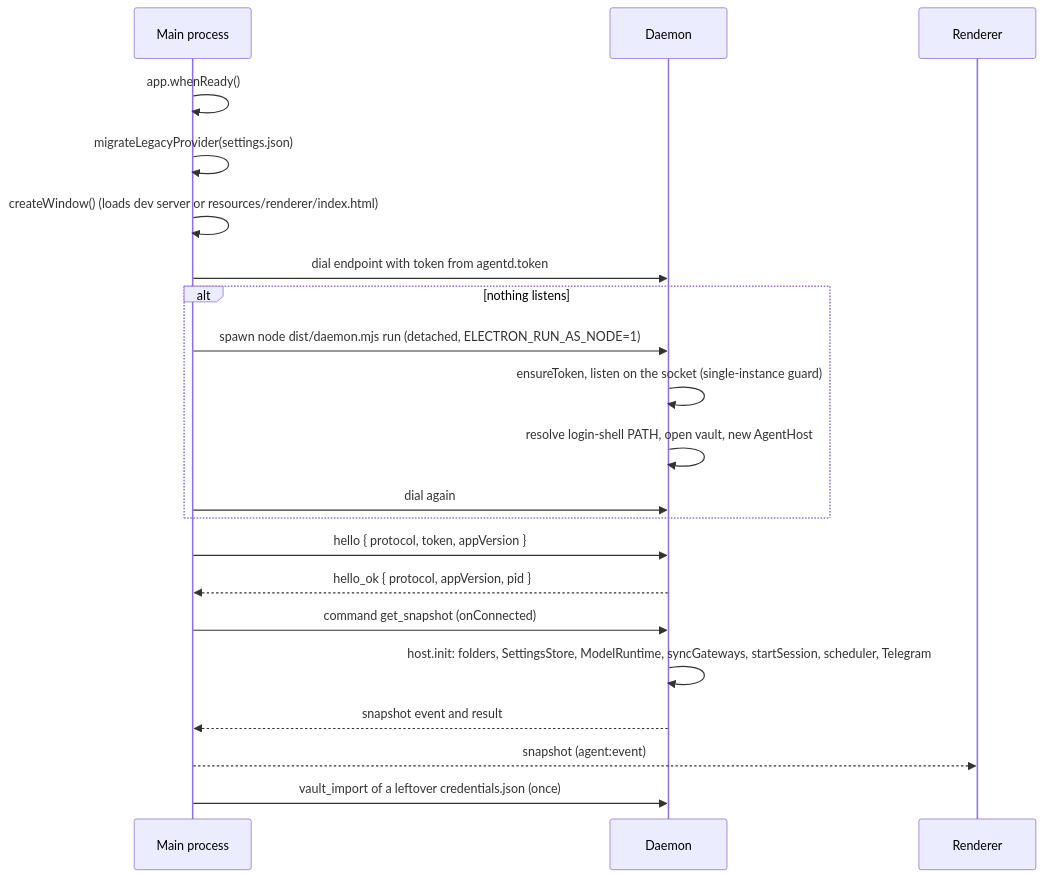
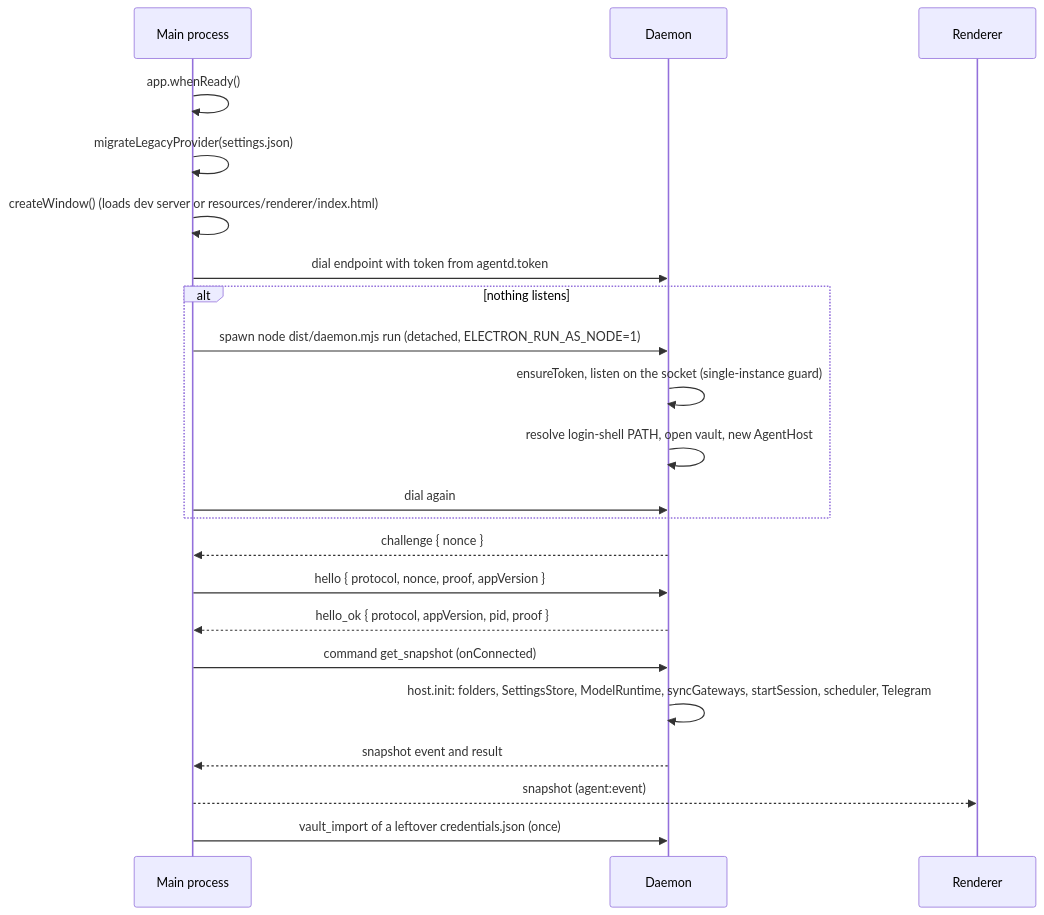
Before and after one commit to pp-techs/pp-agent: the second of 2 diagrams in docs/architecture/process-model.md, drawn with Mermaid. The commit also changed other lines of this file and 26 other files, not shown here.

````diff
--- a/docs/architecture/process-model.md
+++ b/docs/architecture/process-model.md
@@ -43,23 +43,24 @@
 ```mermaid
 sequenceDiagram
   participant M as Main process
   participant D as Daemon
   participant R as Renderer
   M->>M: app.whenReady()
   M->>M: migrateLegacyProvider(settings.json)
   M->>M: createWindow() (loads dev server or resources/renderer/index.html)
   M->>D: dial endpoint with token from agentd.token
   alt nothing listens
     M->>D: spawn node dist/daemon.mjs run (detached, ELECTRON_RUN_AS_NODE=1)
     D->>D: ensureToken, listen on the socket (single-instance guard)
     D->>D: resolve login-shell PATH, open vault, new AgentHost
     M->>D: dial again
   end
-  M->>D: hello { protocol, token, appVersion }
-  D-->>M: hello_ok { protocol, appVersion, pid }
+  D-->>M: challenge { nonce }
+  M->>D: hello { protocol, nonce, proof, appVersion }
+  D-->>M: hello_ok { protocol, appVersion, pid, proof }
   M->>D: command get_snapshot (onConnected)
   D->>D: host.init: folders, SettingsStore, ModelRuntime, syncGateways, startSession, scheduler, Telegram
   D-->>M: snapshot event and result
   M-->>R: snapshot (agent:event)
   M->>D: vault_import of a leftover credentials.json (once)
 ```
````
